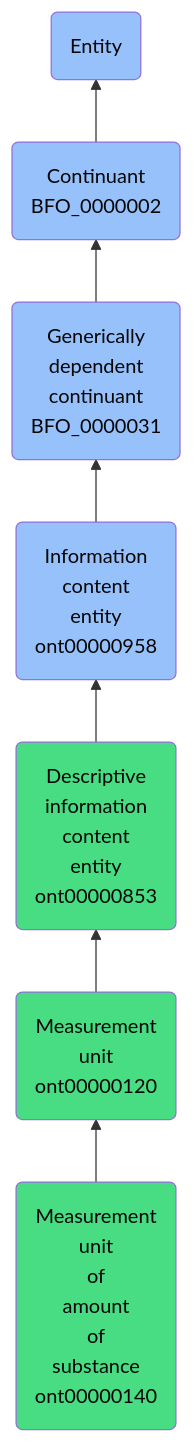
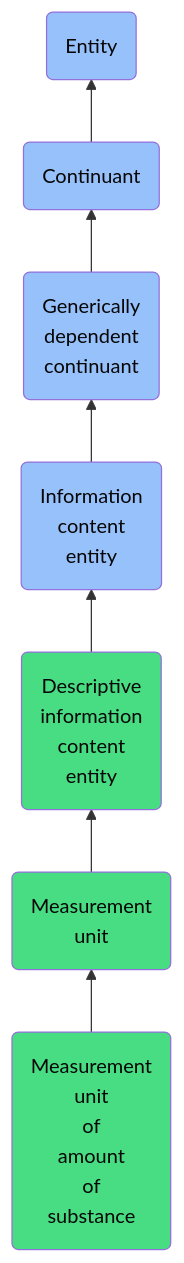
One commit to jupyter-naas/abi changed the diagram in docs/ontology/reference/model/Entity/Continuant/Generically dependent continuant/Information content entity/Descriptive information content entity/Measurement unit/Measurement unit of amount of substance/Measurement unit of amount of substance.md. Above: the diagram before and after it, drawn with Mermaid. The commit also changed other lines of this file and 1430 other files, not shown here.

````diff
--- a/docs/ontology/reference/model/Entity/Continuant/Generically dependent continuant/Information content entity/Descriptive information content entity/Measurement unit/Measurement unit of amount of substance/Measurement unit of amount of substance.md
+++ b/docs/ontology/reference/model/Entity/Continuant/Generically dependent continuant/Information content entity/Descriptive information content entity/Measurement unit/Measurement unit of amount of substance/Measurement unit of amount of substance.md
@@ -25,14 +25,14 @@
 ```mermaid
 graph BT
-    ont00000140(Measurement<br>unit<br>of<br>amount<br>of<br>substance<br>ont00000140):::ABI-->ont00000120
-    ont00000120(Measurement<br>unit<br>ont00000120):::ABI-->ont00000853
-    ont00000853(Descriptive<br>information<br>content<br>entity<br>ont00000853):::ABI-->ont00000958
-    ont00000958(Information<br>content<br>entity<br>ont00000958):::BFO-->BFO_0000031
-    BFO_0000031(Generically<br>dependent<br>continuant<br>BFO_0000031):::BFO-->BFO_0000002
-    BFO_0000002(Continuant<br>BFO_0000002):::BFO-->BFO_0000001
+    ont00000140(Measurement<br>unit<br>of<br>amount<br>of<br>substance):::ABI-->ont00000120
+    ont00000120(Measurement<br>unit):::ABI-->ont00000853
+    ont00000853(Descriptive<br>information<br>content<br>entity):::ABI-->ont00000958
+    ont00000958(Information<br>content<br>entity):::BFO-->BFO_0000031
+    BFO_0000031(Generically<br>dependent<br>continuant):::BFO-->BFO_0000002
+    BFO_0000002(Continuant):::BFO-->BFO_0000001
     BFO_0000001(Entity):::BFO
     
     classDef BFO fill:#97c1fb,color:#060606
     classDef CCO fill:#e4c51e,color:#060606
     classDef ABI fill:#48DD82,color:#060606
 ```
````
